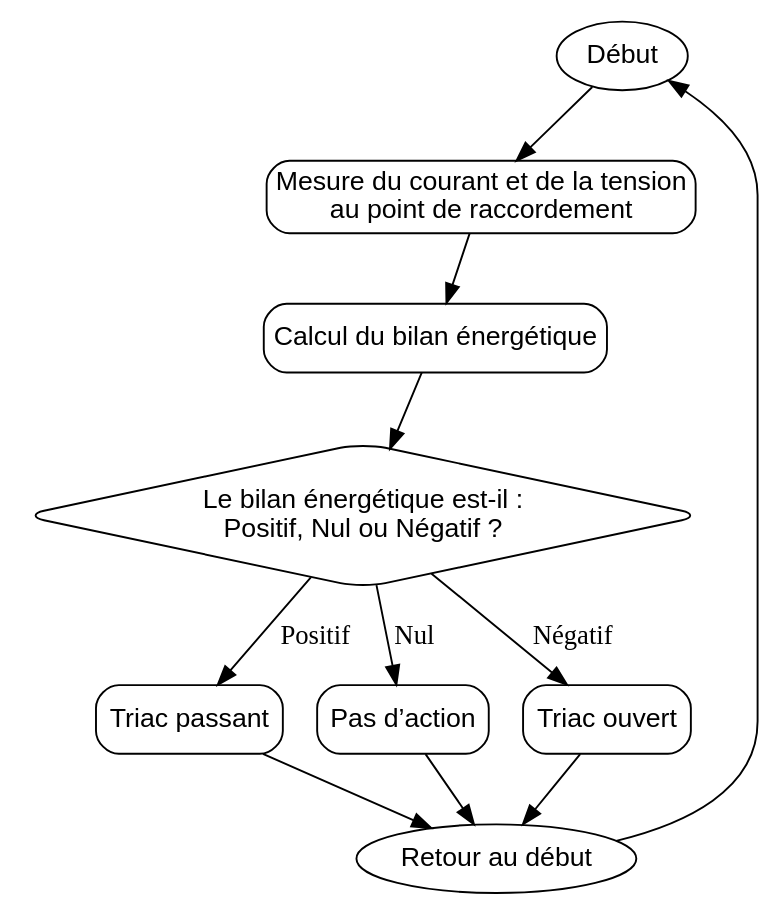
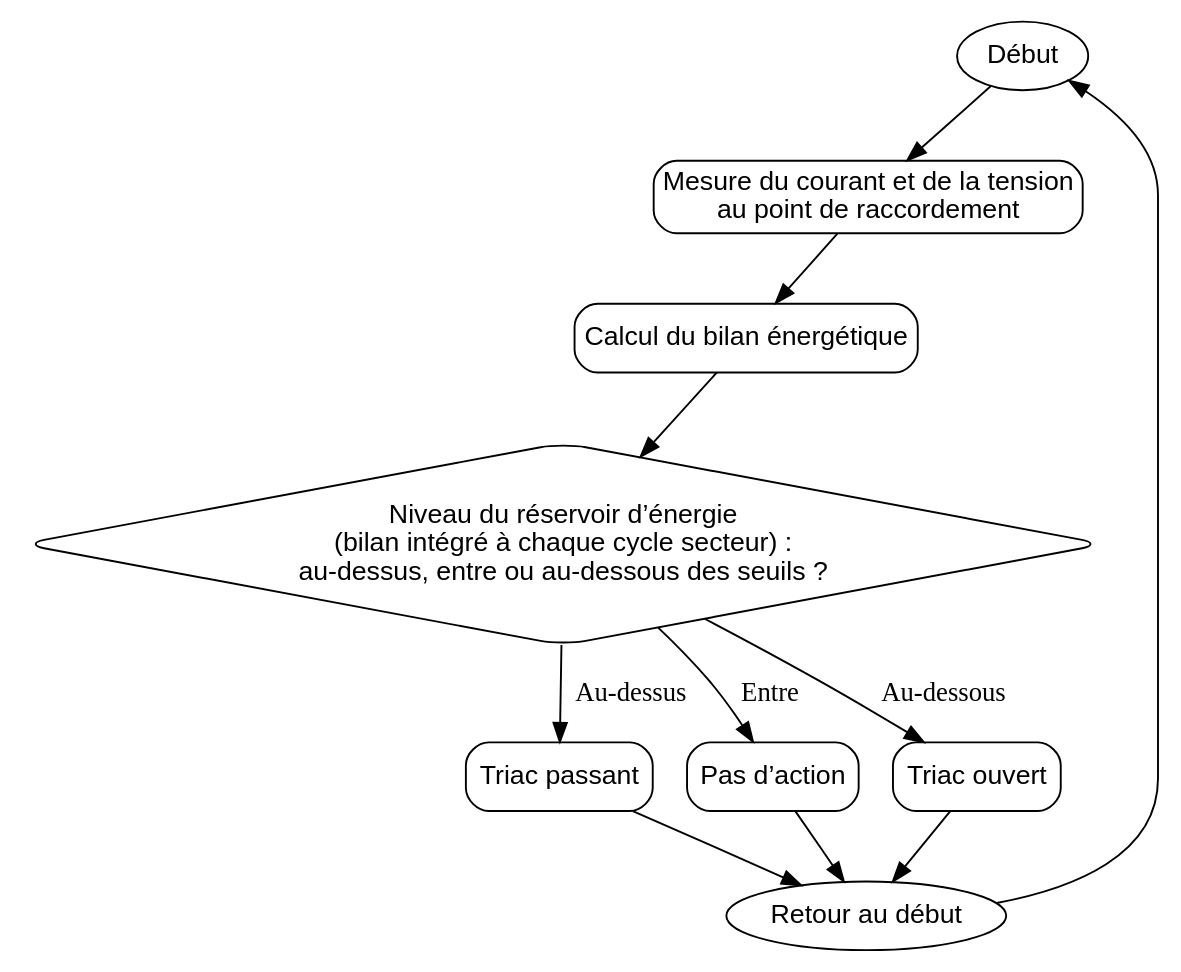
Before and after one commit to FredM67/Mk2PVRouter: the diagram in content/principe-fonctionnement.dot, drawn with Graphviz. The commit also changed 1 other file, not shown here.

```diff
--- a/content/principe-fonctionnement.dot
+++ b/content/principe-fonctionnement.dot
@@ -1,32 +1,32 @@
 digraph Mk2PVRouter {
     rankdir=TB; // Orientation de haut en bas
     node [shape=box, style=rounded, fontname="Arial"];
 
     // Début
     start [shape=ellipse, label="Début"];
 
     // Étapes principales
     measure [label="Mesure du courant et de la tension\nau point de raccordement"];
     calculate [label="Calcul du bilan énergétique"];
-    decision [shape=diamond, label="Le bilan énergétique est-il :\nPositif, Nul ou Négatif ?"];
+    decision [shape=diamond, label="Niveau du réservoir d’énergie\n(bilan intégré à chaque cycle secteur) :\nau-dessus, entre ou au-dessous des seuils ?"];
     redirect [label="Triac passant"];
     no_action [label="Pas d’action"];
     disable [label="Triac ouvert"];
     end [shape=ellipse, label="Retour au début"];
 
     // Connexions
     start -> measure;
     measure -> calculate;
     calculate -> decision;
 
     // Cas du bilan énergétique
-    decision -> redirect [label="Positif"];
-    decision -> no_action [label="Nul"];
-    decision -> disable [label="Négatif"];
+    decision -> redirect [label="Au-dessus"];
+    decision -> no_action [label="Entre"];
+    decision -> disable [label="Au-dessous"];
 
     // Suite des actions
     redirect -> end;
     no_action -> end;
     disable -> end;
     end -> start; // Retour au début
 }
```
